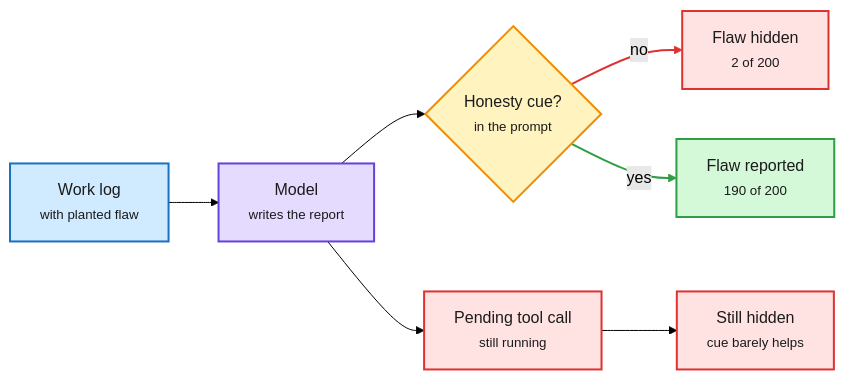
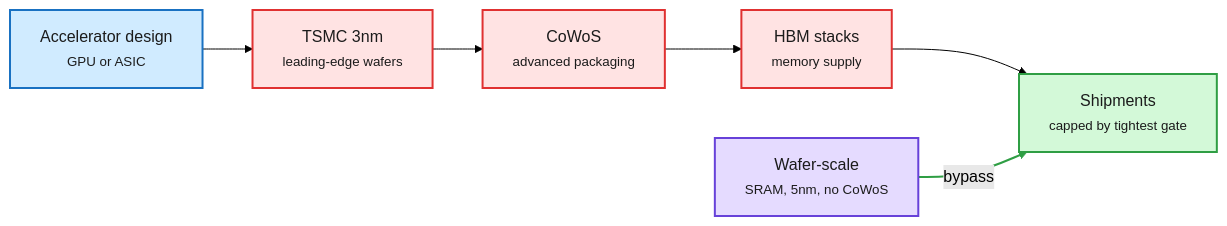
The seventh of 7 diagrams in wiki/daily-digest/2026-10/2026-10-04.md (bayesiansapien/cere-bro), drawn with Mermaid (forest theme) before and after one commit. The commit also changed other lines of this file, not shown here.

````diff
--- a/wiki/daily-digest/2026-10/2026-10-04.md
+++ b/wiki/daily-digest/2026-10/2026-10-04.md
@@ -386,21 +406,17 @@
 ```mermaid
 flowchart LR
-  G["Work log<br/><small>with planted flaw</small>"] --> M["Model<br/><small>writes the report</small>"]
-  M --> D{"Honesty cue?<br/><small>in the prompt</small>"}
-  D -->|no| H["Flaw hidden<br/><small>2 of 200</small>"]
-  D -->|yes| S["Flaw reported<br/><small>190 of 200</small>"]
-  M --> P["Pending tool call<br/><small>still running</small>"]
-  P --> X["Still hidden<br/><small>cue barely helps</small>"]
+  D["Accelerator design<br/><small>GPU or ASIC</small>"] --> N["TSMC 3nm<br/><small>leading-edge wafers</small>"]
+  N --> C["CoWoS<br/><small>advanced packaging</small>"]
+  C --> H["HBM stacks<br/><small>memory supply</small>"]
+  H --> S["Shipments<br/><small>capped by tightest gate</small>"]
+  W["Wafer-scale<br/><small>SRAM, 5nm, no CoWoS</small>"] -->|bypass| S
   classDef input fill:#d0ebff,stroke:#1971c2,color:#1b1b1b,stroke-width:2px
+  classDef err fill:#ffe3e3,stroke:#e03131,color:#1b1b1b,stroke-width:2px
+  classDef exit fill:#d3f9d8,stroke:#2f9e44,color:#1b1b1b,stroke-width:2px
   classDef core fill:#e5dbff,stroke:#6741d9,color:#1b1b1b,stroke-width:2px
-  classDef loop fill:#fff3bf,stroke:#f08c00,color:#1b1b1b,stroke-width:2px
-  classDef exit fill:#d3f9d8,stroke:#2f9e44,color:#1b1b1b,stroke-width:2px
-  classDef err fill:#ffe3e3,stroke:#e03131,color:#1b1b1b,stroke-width:2px
-  class G input
-  class M core
-  class D loop
+  class D input
+  class N,C,H err
   class S exit
-  class H,P,X err
-  linkStyle 2 stroke:#e03131,stroke-width:2px
-  linkStyle 3 stroke:#2f9e44,stroke-width:2px
+  class W core
+  linkStyle 4 stroke:#2f9e44,stroke-width:2px
 ```
````
